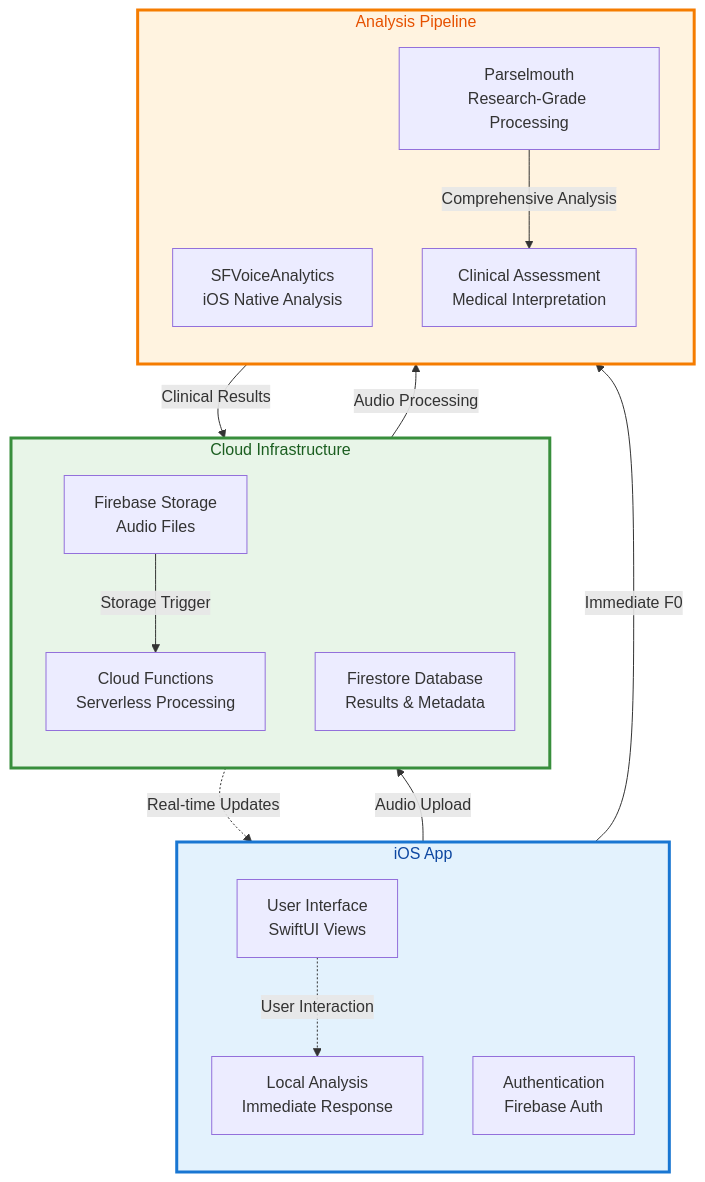
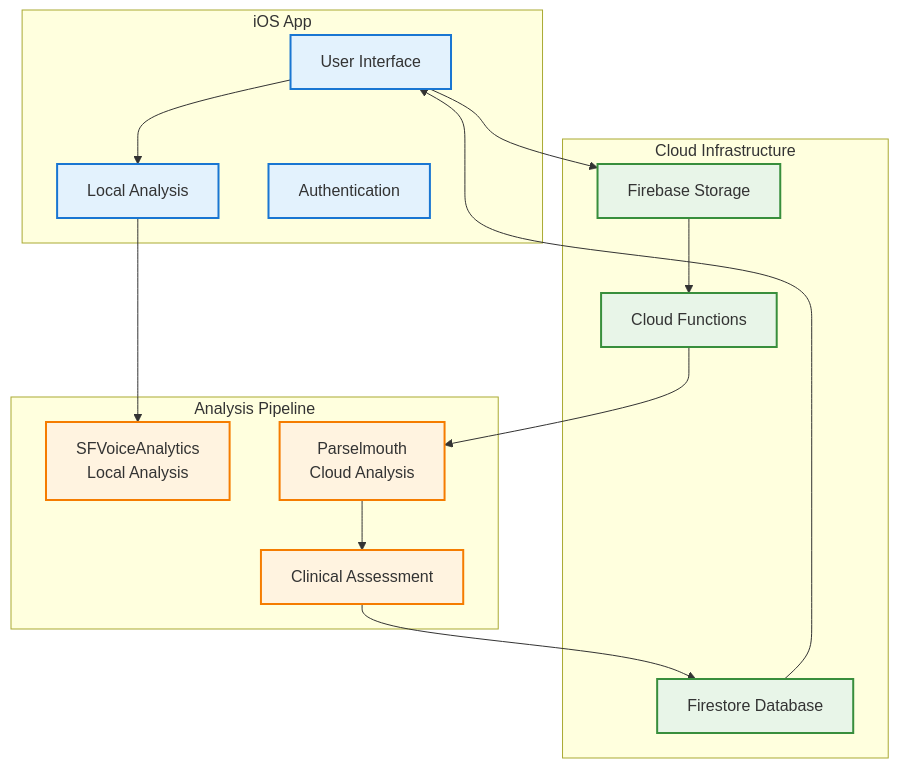
The first of 9 diagrams in ARCHITECTURE.md (PoisonIvory/sage), drawn with Mermaid before and after one commit. The commit also changed other lines of this file, not shown here.

Commit message:
Streamline architecture documentation for executive clarity

````diff
--- a/ARCHITECTURE.md
+++ b/ARCHITECTURE.md
@@ -15,40 +11,37 @@
 ```mermaid
 flowchart TD
-    subgraph iOS["iOS App"]
-        direction TB
-        A1["User Interface<br/>SwiftUI Views"]
-        A2["Local Analysis<br/>Immediate Response"]
-        A3["Authentication<br/>Firebase Auth"]
+    subgraph "iOS App"
+        A1[User Interface]
+        A2[Local Analysis]
+        A3[Authentication]
     end
     
-    subgraph Cloud["Cloud Infrastructure"]
-        direction TB
-        B1["Firebase Storage<br/>Audio Files"]
-        B2["Cloud Functions<br/>Serverless Processing"]
-        B3["Firestore Database<br/>Results & Metadata"]
+    subgraph "Cloud Infrastructure"
+        B1[Firebase Storage]
+        B2[Cloud Functions]
+        B3[Firestore Database]
     end
     
-    subgraph Pipeline["Analysis Pipeline"]
-        direction TB
-        C1["SFVoiceAnalytics<br/>iOS Native Analysis"]
-        C2["Parselmouth<br/>Research-Grade Processing"]
-        C3["Clinical Assessment<br/>Medical Interpretation"]
+    subgraph "Analysis Pipeline"
+        C1[SFVoiceAnalytics<br/>Local Analysis]
+        C2[Parselmouth<br/>Cloud Analysis]
+        C3[Clinical Assessment]
     end
     
-    A1 -.->|"User Interaction"| A2
-    A2 -->|"Immediate F0"| C1
-    A1 -->|"Audio Upload"| B1
-    B1 -->|"Storage Trigger"| B2
-    B2 -->|"Audio Processing"| C2
-    C2 -->|"Comprehensive Analysis"| C3
-    C3 -->|"Clinical Results"| B3
-    B3 -.->|"Real-time Updates"| A1
+    A1 --> A2
+    A2 --> C1
+    A1 --> B1
+    B1 --> B2
+    B2 --> C2
+    C2 --> C3
+    C3 --> B3
+    B3 --> A1
     
-    classDef ios fill:#e3f2fd,stroke:#1976d2,stroke-width:3px,color:#0d47a1
-    classDef cloud fill:#e8f5e8,stroke:#388e3c,stroke-width:3px,color:#1b5e20
-    classDef analysis fill:#fff3e0,stroke:#f57c00,stroke-width:3px,color:#e65100
+    classDef ios fill:#e3f2fd,stroke:#1976d2,stroke-width:2px
+    classDef cloud fill:#e8f5e8,stroke:#388e3c,stroke-width:2px
+    classDef analysis fill:#fff3e0,stroke:#f57c00,stroke-width:2px
     
-    class iOS ios
-    class Cloud cloud
-    class Pipeline analysis
+    class A1,A2,A3 ios
+    class B1,B2,B3 cloud
+    class C1,C2,C3 analysis
 ```
````
